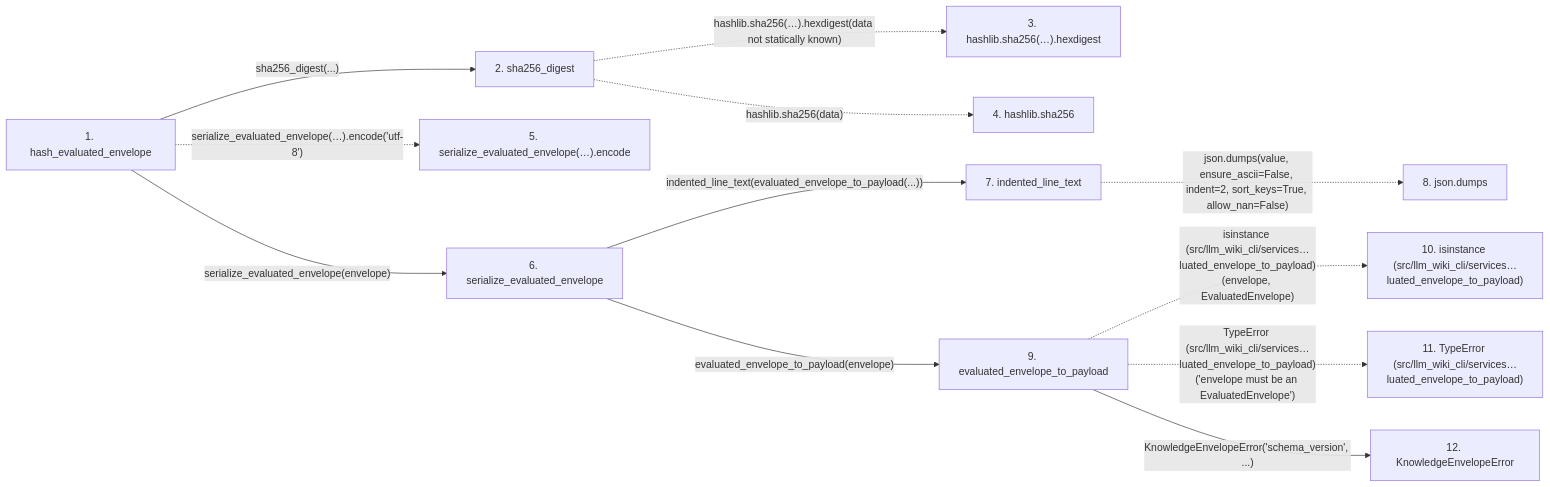
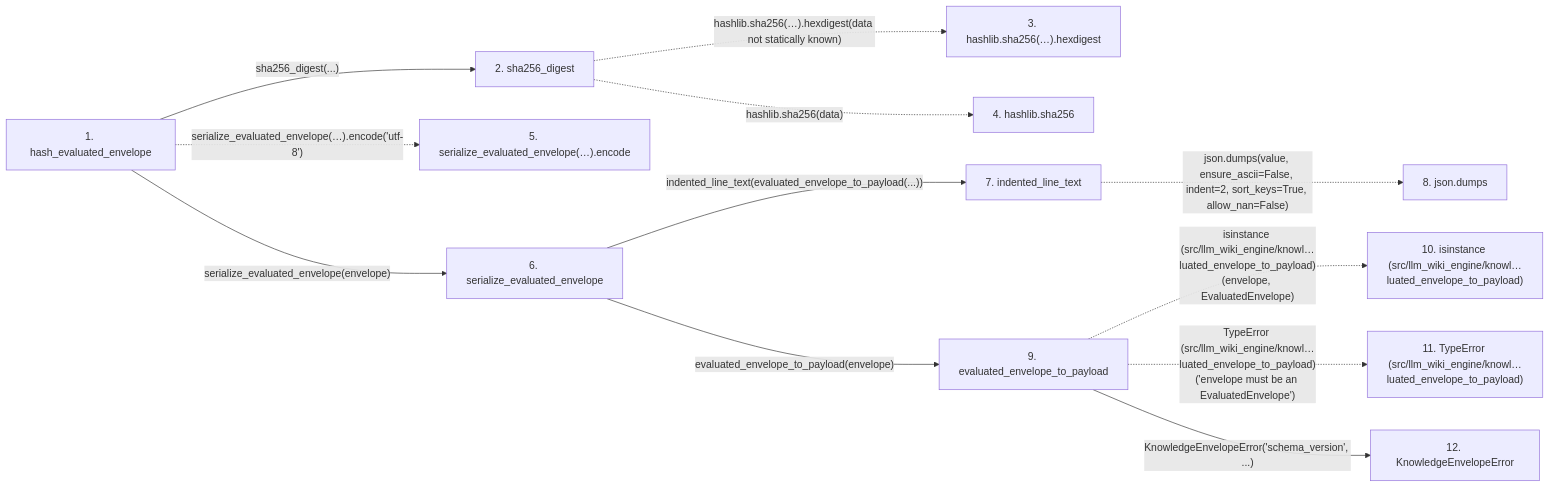
The second of 2 diagrams in docs/llm_wiki/flows/api-hash_evaluated_envelope.md (Denissvgn/python-wiki-llm), drawn with Mermaid before and after one commit. The commit also changed other lines of this file and 1058 other files, not shown here.

````diff
--- a/docs/llm_wiki/flows/api-hash_evaluated_envelope.md
+++ b/docs/llm_wiki/flows/api-hash_evaluated_envelope.md
@@ -137,32 +137,32 @@
 ```mermaid
 flowchart LR
     s1["1. hash_evaluated_envelope"]
     s2["2. sha256_digest"]
     s3["3. hashlib.sha256(…).hexdigest"]
     s4["4. hashlib.sha256"]
     s5["5. serialize_evaluated_envelope(…).encode"]
     s6["6. serialize_evaluated_envelope"]
     s7["7. indented_line_text"]
     s8["8. json.dumps"]
     s9["9. evaluated_envelope_to_payload"]
-    s10["10. isinstance (src/llm_wiki_cli/services…luated_envelope_to_payload)"]
-    s11["11. TypeError (src/llm_wiki_cli/services…luated_envelope_to_payload)"]
+    s10["10. isinstance (src/llm_wiki_engine/knowl…luated_envelope_to_payload)"]
+    s11["11. TypeError (src/llm_wiki_engine/knowl…luated_envelope_to_payload)"]
     s12["12. KnowledgeEnvelopeError"]
     s1 -->|"sha256_digest(...)"| s2
     s2 -. "hashlib.sha256(…).hexdigest(data not statically known)" .-> s3
     s2 -. "hashlib.sha256(data)" .-> s4
     s1 -. "serialize_evaluated_envelope(…).encode('utf-8')" .-> s5
     s1 -->|"serialize_evaluated_envelope(envelope)"| s6
     s6 -->|"indented_line_text(evaluated_envelope_to_payload(...))"| s7
     s7 -. "json.dumps(value, ensure_ascii=False, indent=2, sort_keys=True, allow_nan=False)" .-> s8
     s6 -->|"evaluated_envelope_to_payload(envelope)"| s9
-    s9 -. "isinstance (src/llm_wiki_cli/services…luated_envelope_to_payload)(envelope, EvaluatedEnvelope)" .-> s10
-    s9 -. "TypeError (src/llm_wiki_cli/services…luated_envelope_to_payload)('envelope must be an EvaluatedEnvelope')" .-> s11
+    s9 -. "isinstance (src/llm_wiki_engine/knowl…luated_envelope_to_payload)(envelope, EvaluatedEnvelope)" .-> s10
+    s9 -. "TypeError (src/llm_wiki_engine/knowl…luated_envelope_to_payload)('envelope must be an EvaluatedEnvelope')" .-> s11
     s9 -->|"KnowledgeEnvelopeError('schema_version', ...)"| s12
     click s1 "../modules/knowledge_envelope.md"
     click s2 "../modules/canonical_json.md"
     click s6 "../modules/knowledge_envelope.md"
     click s7 "../modules/canonical_json.md"
     click s9 "../modules/knowledge_envelope.md"
     click s12 "../modules/knowledge_envelope.md"
 ```
````
